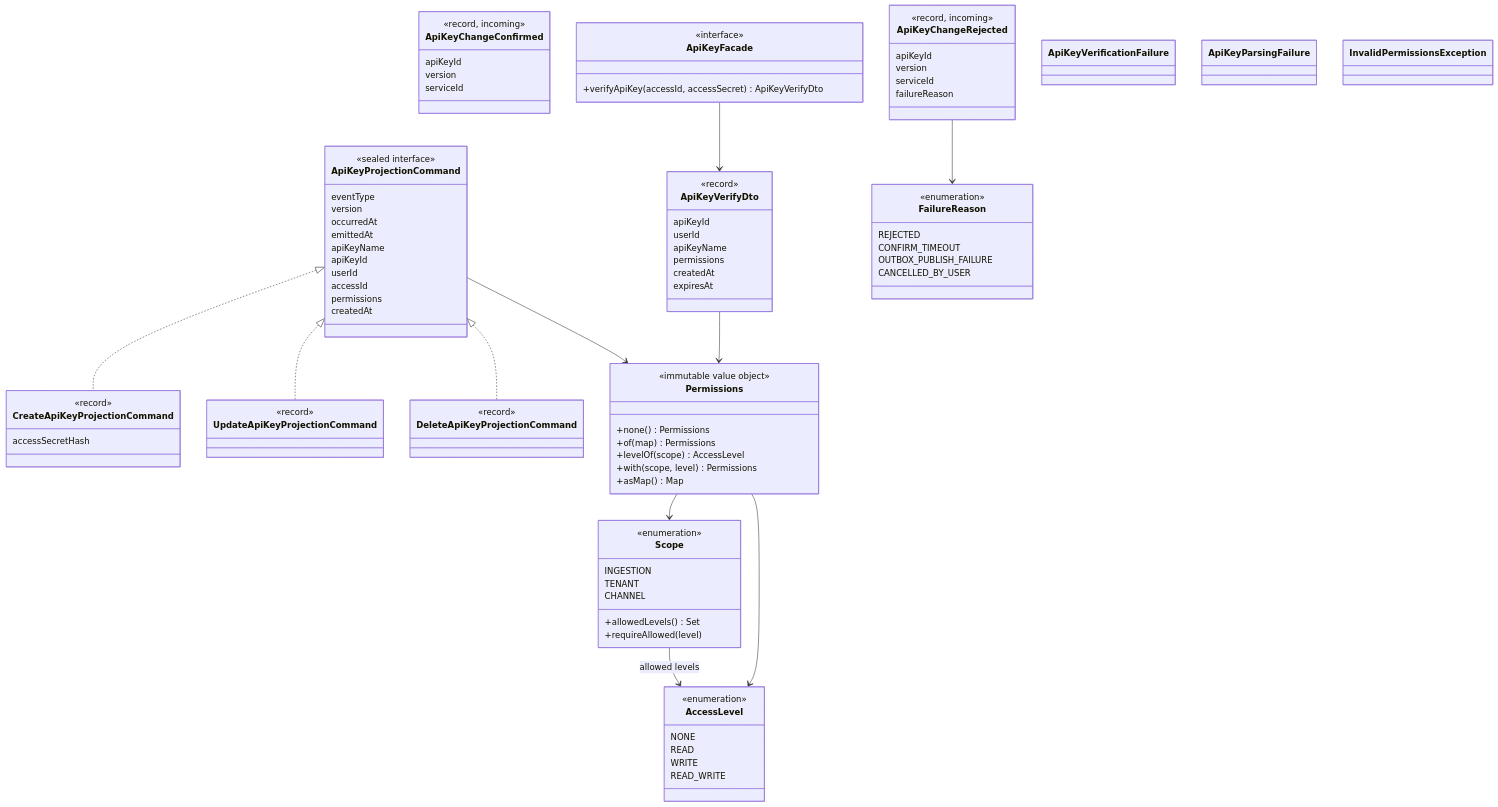
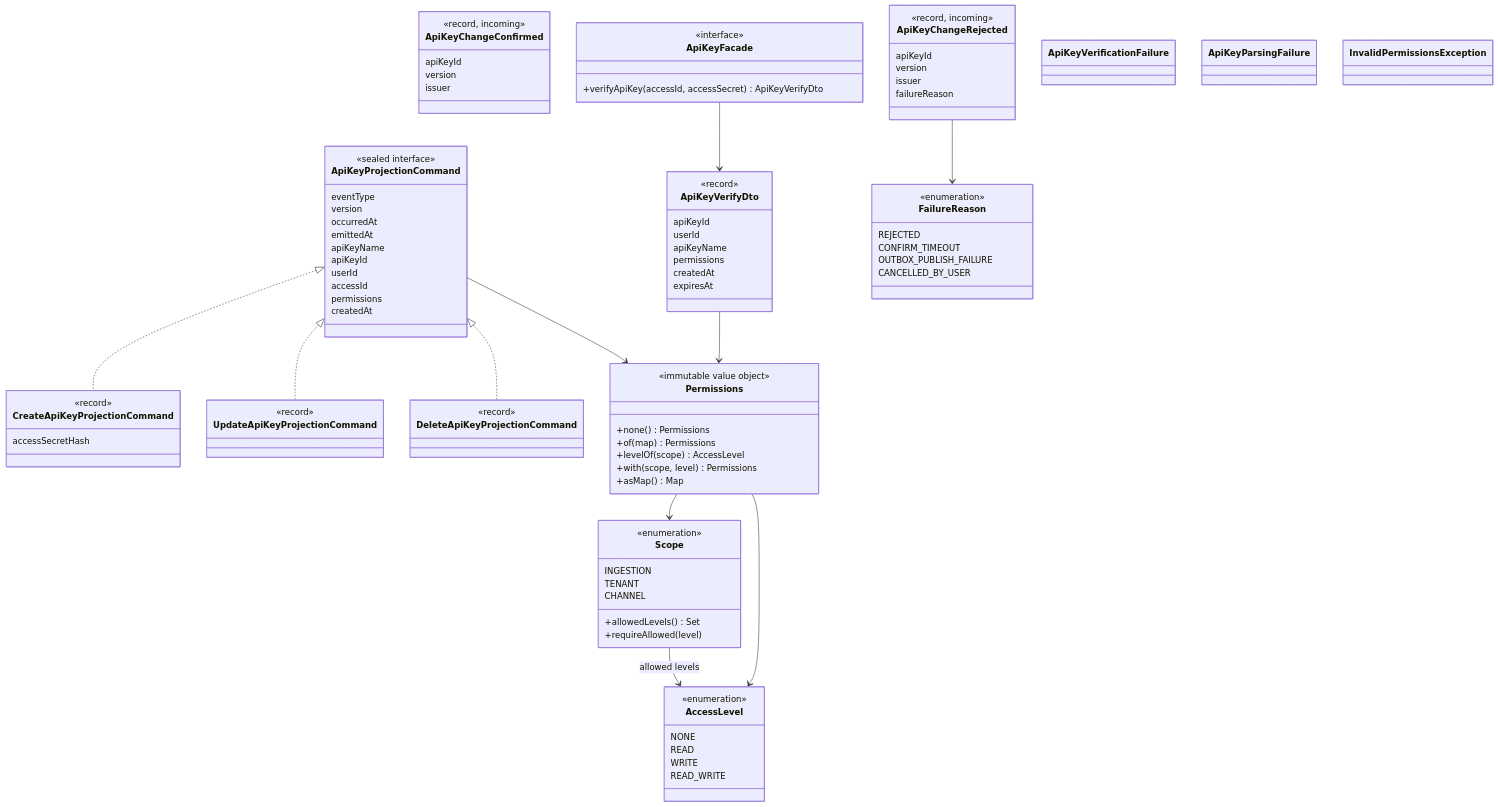
Before and after one commit to Dhiren9939/HQ-Tier0: the third of 7 diagrams in docs/access-class-structure.md, drawn with Mermaid. The commit also changed other lines of this file and 11 other files, not shown here.

First line of the commit message:
refactor(access): name the answering downstream service issuer, as in a JWT iss

```diff
--- a/docs/access-class-structure.md
+++ b/docs/access-class-structure.md
@@ -235,13 +235,13 @@
         <<record, incoming>>
         apiKeyId
         version
-        serviceId
+        issuer
     }
     class ApiKeyChangeRejected {
         <<record, incoming>>
         apiKeyId
         version
-        serviceId
+        issuer
         failureReason
     }
     class CreateApiKeyProjectionCommand {
```
